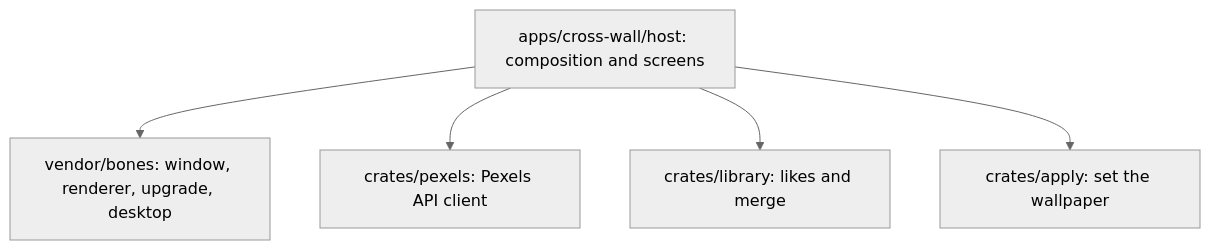
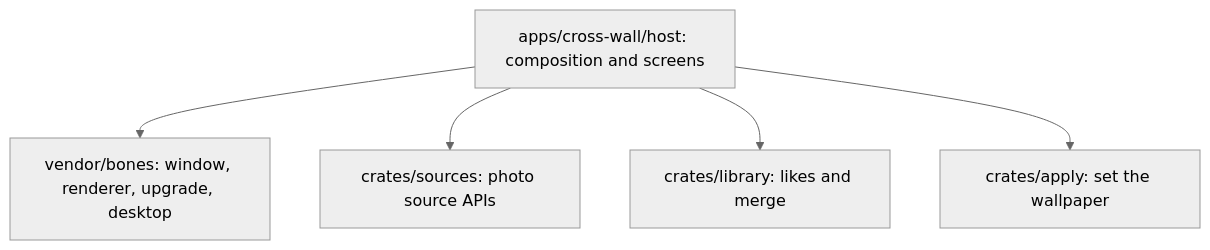
The diagram in docs/architecture.md (an-dr/cross-wall), drawn with Mermaid (neutral theme) before and after one commit. The commit also changed other lines of this file and 17 other files, not shown here.

````diff
--- a/docs/architecture.md
+++ b/docs/architecture.md
@@ -5,7 +5,7 @@
 ```mermaid
 flowchart TD
   host["apps/cross-wall/host: composition and screens"] --> bones["vendor/bones: window, renderer, upgrade, desktop"]
-  host --> pexels["crates/pexels: Pexels API client"]
+  host --> sources["crates/sources: photo source APIs"]
   host --> library["crates/library: likes and merge"]
   host --> apply["crates/apply: set the wallpaper"]
 ```
````
